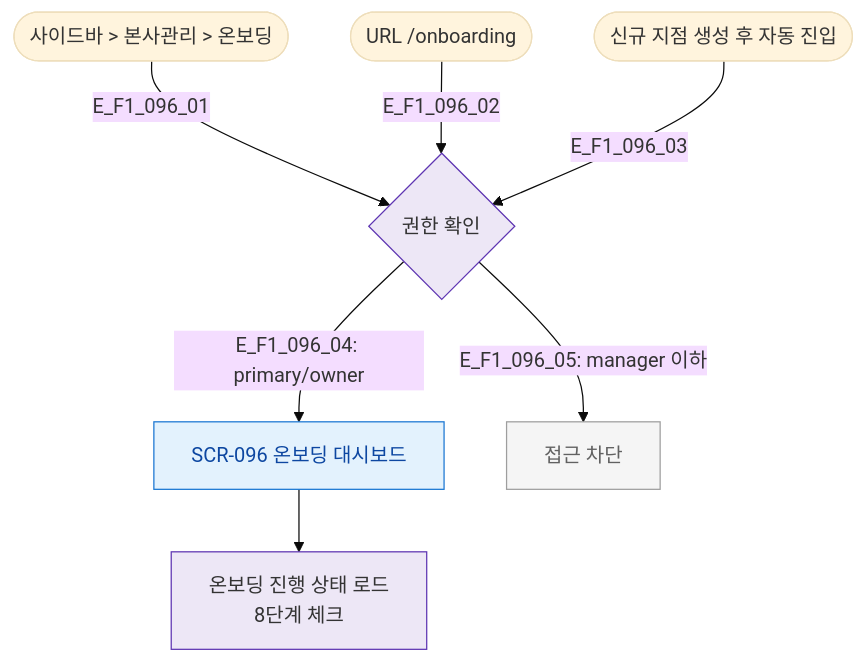
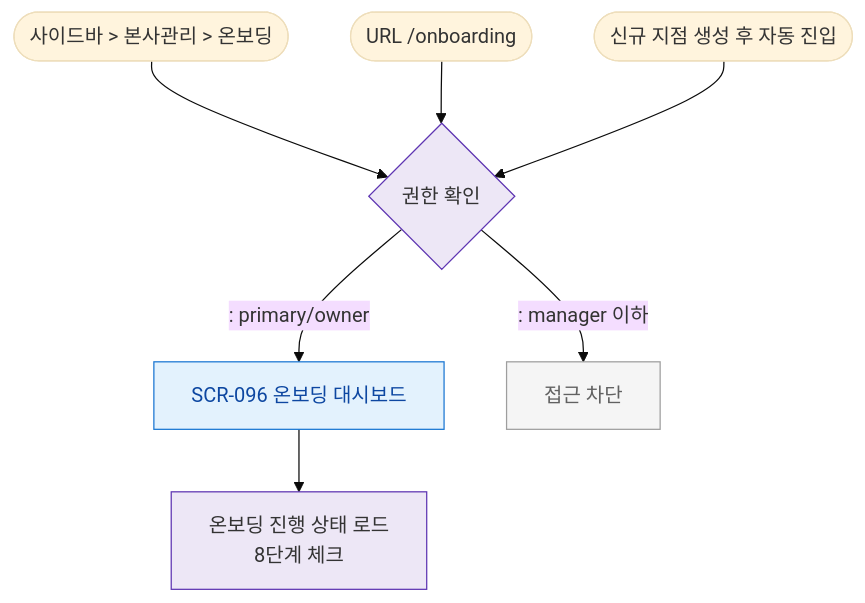
The diagram in docs/다이어그램/D10_본사관리/SCR-096_온보딩대시보드/F1_진입.md (dev-spogym/admin-pando), drawn with Mermaid (base theme) before and after one commit. The commit also changed other lines of this file and 1660 other files, not shown here.

First line of the commit message:
다이어그램: 기획자/클라이언트 납품본으로 정리

````diff
--- a/docs/다이어그램/D10_본사관리/SCR-096_온보딩대시보드/F1_진입.md
+++ b/docs/다이어그램/D10_본사관리/SCR-096_온보딩대시보드/F1_진입.md
@@ -14,19 +12,19 @@
 ```mermaid
 flowchart TD
-  E1([사이드바 > 본사관리 > 온보딩]) -->|E_F1_096_01| AuthCheck{권한 확인}
-  E2([URL /onboarding]) -->|E_F1_096_02| AuthCheck
-  E3([신규 지점 생성 후 자동 진입]) -->|E_F1_096_03| AuthCheck
+  E1([사이드바 > 본사관리 > 온보딩]) --> AuthCheck{권한 확인}
+  E2([URL /onboarding]) --> AuthCheck
+  E3([신규 지점 생성 후 자동 진입]) --> AuthCheck
 
-  AuthCheck -->|"E_F1_096_04: primary/owner"| SCR_096[SCR-096 온보딩 대시보드]
-  AuthCheck -->|"E_F1_096_05: manager 이하"| Blocked[접근 차단]
+  AuthCheck -->|": primary/owner"|SCR_096[SCR-096 온보딩 대시보드]
+  AuthCheck -->|": manager 이하"|Blocked[접근 차단]
 
   SCR_096 --> Progress[온보딩 진행 상태 로드\n8단계 체크]
 
   classDef screen fill:#E3F2FD,stroke:#1976D2,color:#0D47A1
   classDef system fill:#EDE7F6,stroke:#5E35B2
   classDef rbacBlocked fill:#F5F5F5,stroke:#9E9E9E,color:#616161
 
   class SCR_096 screen
   class AuthCheck,Progress system
   class Blocked rbacBlocked
 ```
````
